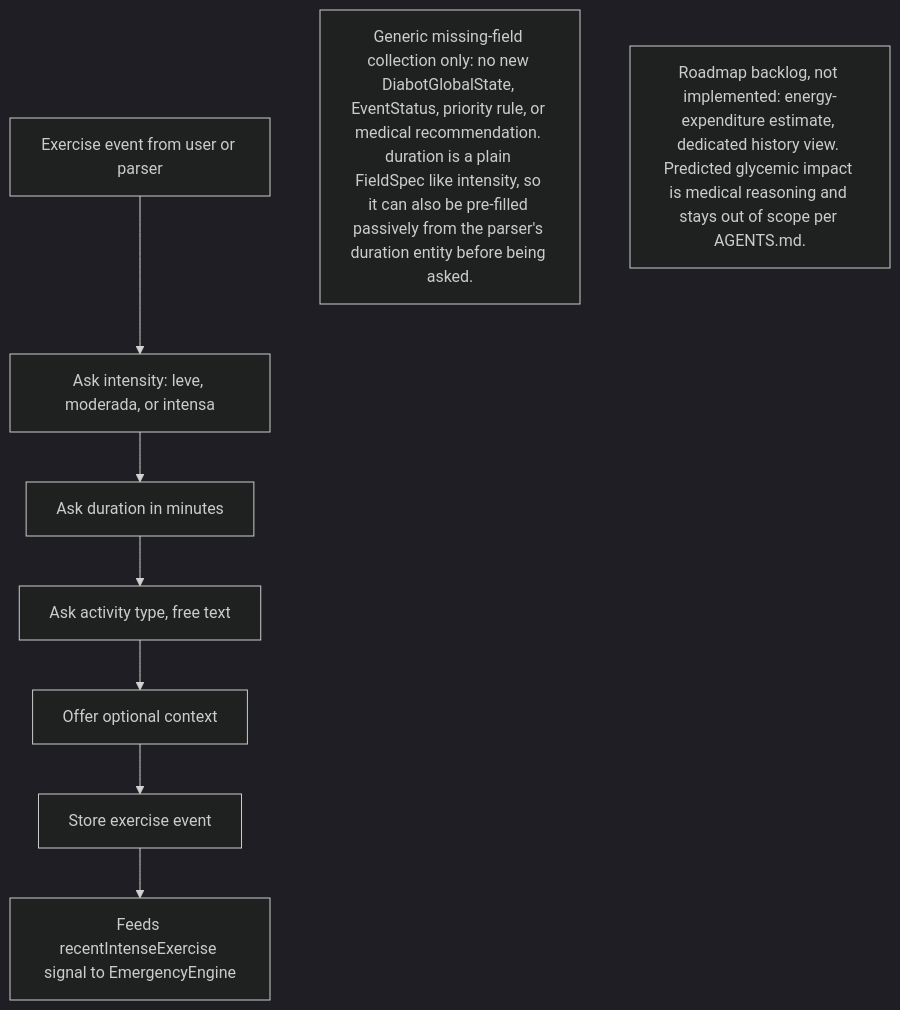
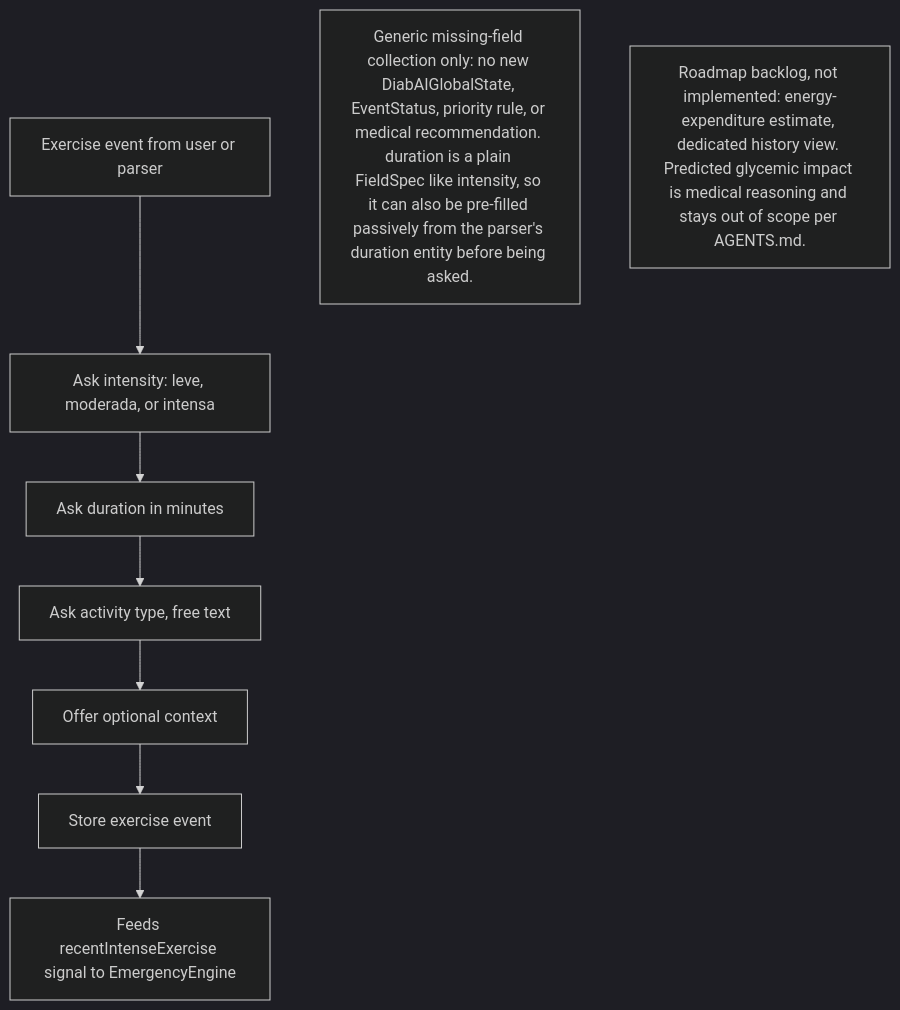
Before and after one commit to bioduds/diabot: the diagram in diabot/docs/fsm/exercise.mmd, drawn with Mermaid (dark theme). The commit also changed 55 other files, not shown here.

```diff
--- a/diabot/docs/fsm/exercise.mmd
+++ b/diabot/docs/fsm/exercise.mmd
@@ -1,12 +1,12 @@
 %% fsm-contract: {"eventType":"exercise","askedFields":["intensity","duration","activityType"],"path":["intensity","duration","activityType","optional-context","stored"],"globalStateChange":false,"lifecycleChange":false,"emergencyImpact":true,"priorityImpact":false,"medicalReasoning":false}
 %% Same shape as meal.mmd's fsm-contract; not yet enforced by test/fsm_mermaid_contract_test.dart.
 flowchart TD
   INPUT[Exercise event from user or parser] --> INTENSITY[Ask intensity: leve, moderada, or intensa]
   INTENSITY --> DURATION[Ask duration in minutes]
   DURATION --> ACTIVITY[Ask activity type, free text]
   ACTIVITY --> CONTEXT[Offer optional context]
   CONTEXT --> STORE[Store exercise event]
   STORE --> SIGNAL[Feeds recentIntenseExercise signal to EmergencyEngine]
 
-  NOTE[Generic missing-field collection only: no new DiabotGlobalState, EventStatus, priority rule, or medical recommendation. duration is a plain FieldSpec like intensity, so it can also be pre-filled passively from the parser's duration entity before being asked.]
+  NOTE[Generic missing-field collection only: no new DiabAIGlobalState, EventStatus, priority rule, or medical recommendation. duration is a plain FieldSpec like intensity, so it can also be pre-filled passively from the parser's duration entity before being asked.]
   BACKLOG[Roadmap backlog, not implemented: energy-expenditure estimate, dedicated history view. Predicted glycemic impact is medical reasoning and stays out of scope per AGENTS.md.]
```
